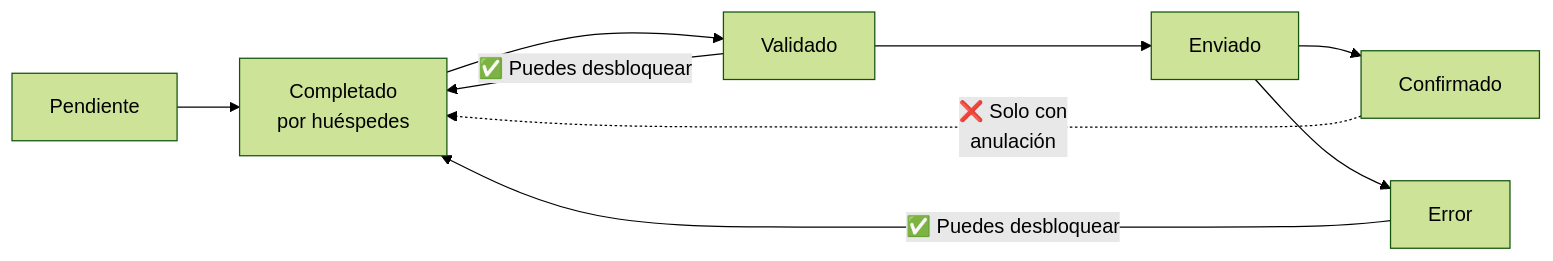
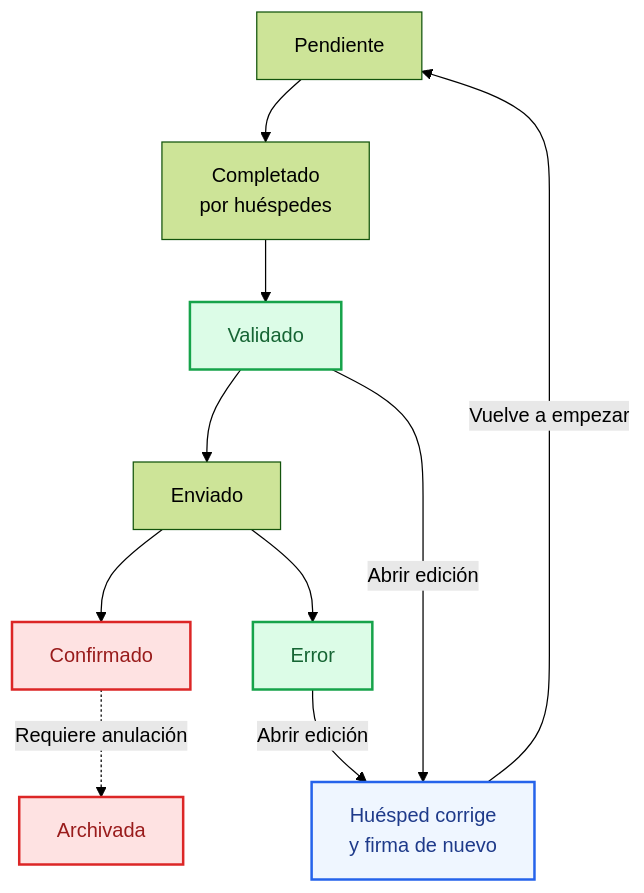
One commit to registroviajero/help changed the diagram in docs/guia/desbloquear-edicion-huesped.md. Above: the diagram before and after it, drawn with Mermaid (forest theme). The commit also changed other lines of this file and 21 other files, not shown here.

````diff
--- a/docs/guia/desbloquear-edicion-huesped.md
+++ b/docs/guia/desbloquear-edicion-huesped.md
@@ -14,11 +14,20 @@
 ```mermaid
-flowchart LR
+flowchart TD
   P[Pendiente] --> CP[Completado<br/>por huéspedes]
   CP --> V[Validado]
-  V -- "✅ Puedes desbloquear" --> CP
   V --> S[Enviado]
   S --> C[Confirmado]
   S --> ER[Error]
-  ER -- "✅ Puedes desbloquear" --> CP
-  C -. "❌ Solo con<br/>anulación" .-> CP
+
+  V -->|Abrir edición| E[Huésped corrige<br/>y firma de nuevo]
+  ER -->|Abrir edición| E
+  E -->|Vuelve a empezar| P
+  C -. Requiere anulación .-> A[Archivada]
+
+  classDef editable fill:#dcfce7,stroke:#16a34a,color:#166534,stroke-width:2px;
+  classDef locked fill:#fee2e2,stroke:#dc2626,color:#991b1b,stroke-width:2px;
+  classDef action fill:#eff6ff,stroke:#2563eb,color:#1e3a8a,stroke-width:2px;
+  class V,ER editable;
+  class C,A locked;
+  class E action;
 ```
````
